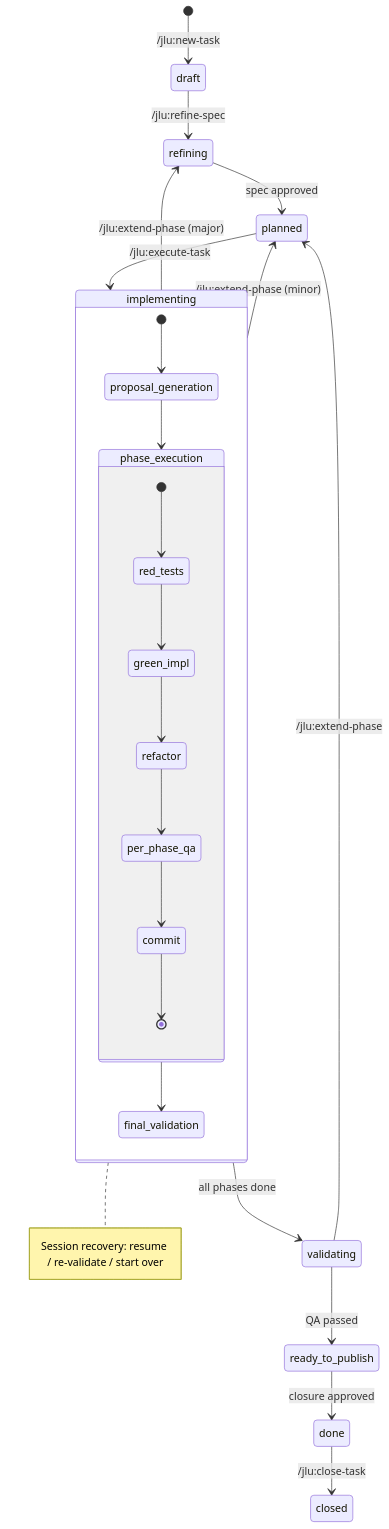
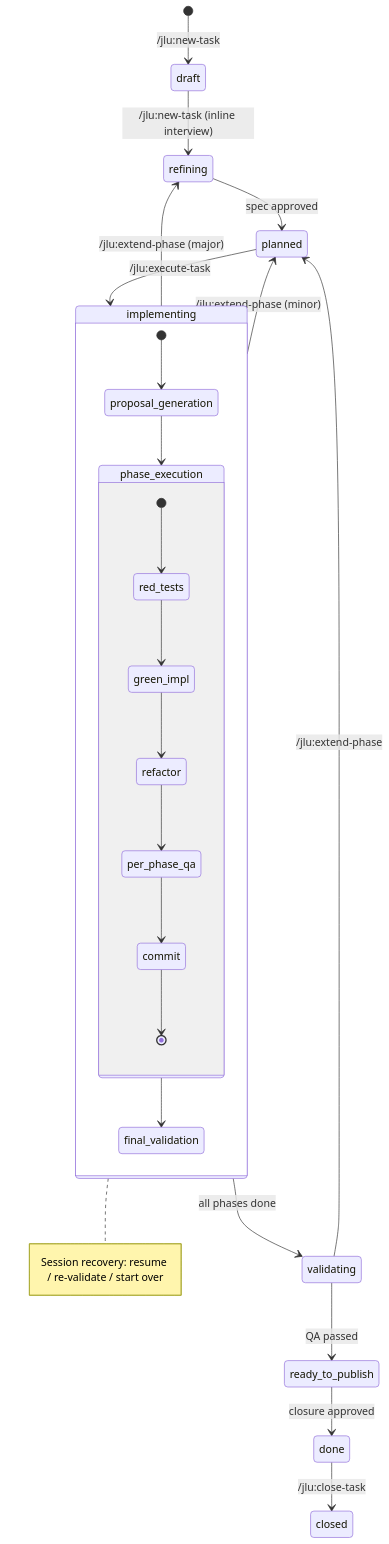
Before and after one commit to cristian-pisco/jelou-spec-plugin: the first of 2 diagrams in README.md, drawn with Mermaid. The commit also changed other lines of this file and 11 other files, not shown here.

First line of the commit message:
Replace deprecated /jlu:refine-spec references with correct command names

````diff
--- a/README.md
+++ b/README.md
@@ -152,33 +152,33 @@
 ```mermaid
 stateDiagram-v2
     [*] --> draft : /jlu:new-task
-    draft --> refining : /jlu:refine-spec
+    draft --> refining : /jlu:new-task (inline interview)
     refining --> planned : spec approved
     planned --> implementing : /jlu:execute-task
     implementing --> validating : all phases done
     validating --> ready_to_publish : QA passed
     ready_to_publish --> done : closure approved
     done --> closed : /jlu:close-task
 
     implementing --> refining : /jlu:extend-phase (major)
     implementing --> planned : /jlu:extend-phase (minor)
     validating --> planned : /jlu:extend-phase
 
     state implementing {
         [*] --> proposal_generation
         proposal_generation --> phase_execution
         state phase_execution {
             [*] --> red_tests
             red_tests --> green_impl
             green_impl --> refactor
             refactor --> per_phase_qa
             per_phase_qa --> commit
             commit --> [*]
         }
         phase_execution --> final_validation
     }
 
     note right of implementing
         Session recovery: resume / re-validate / start over
     end note
 ```
````
